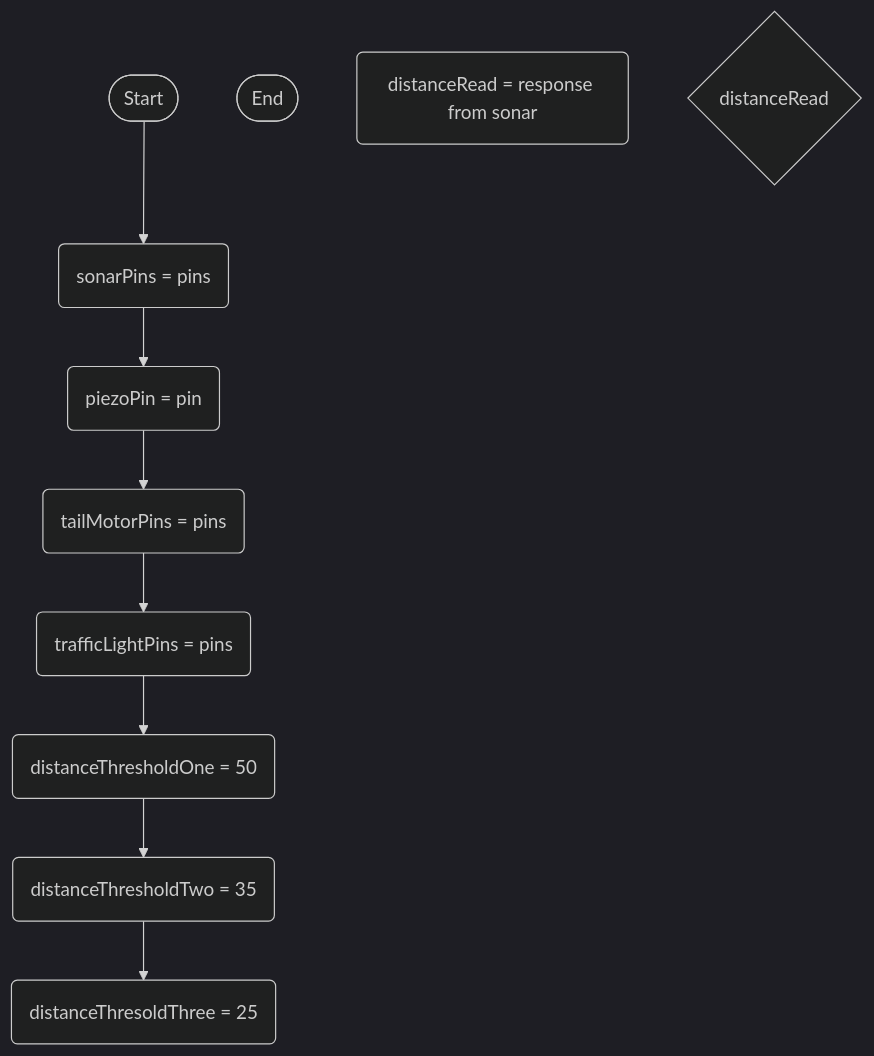
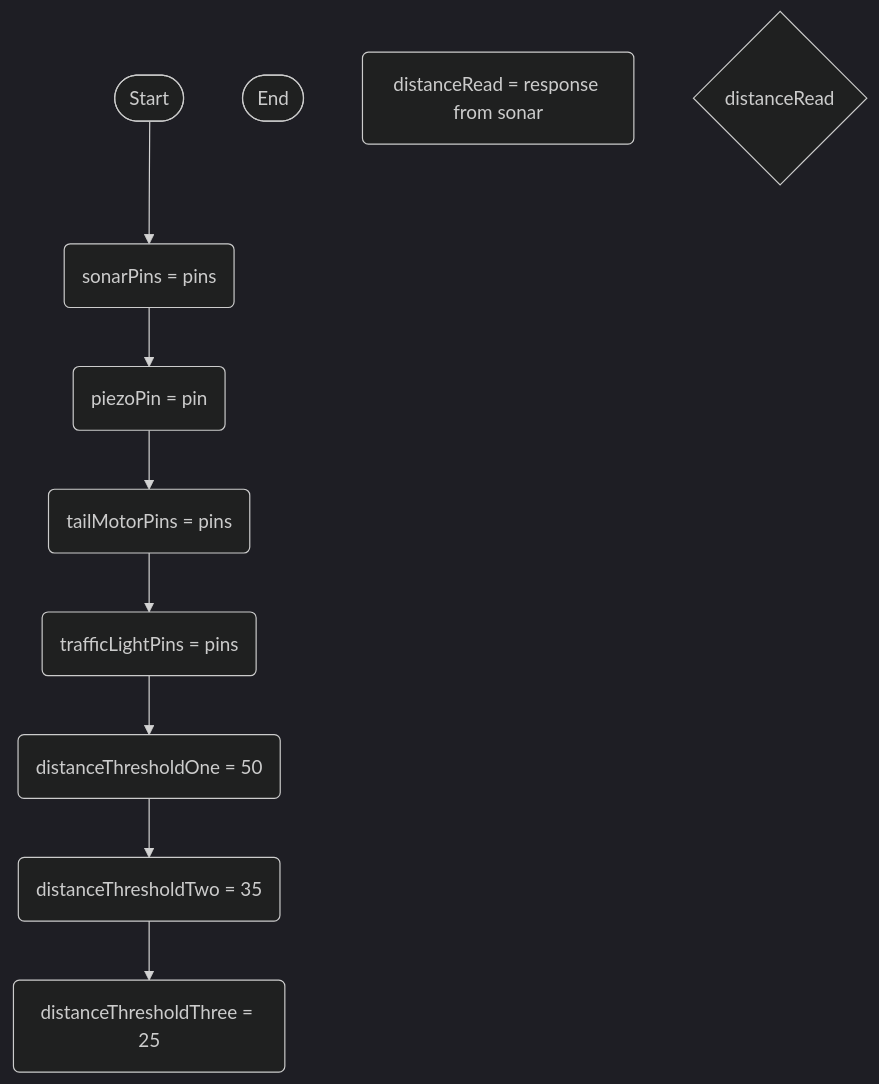
One commit to Deltace05/SmartDog changed the diagram in logic.md. Above: the diagram before and after it, drawn with Mermaid (dark theme).

````diff
--- a/logic.md
+++ b/logic.md
@@ -1,21 +1,21 @@
 ```mermaid
 flowchart TD
 terminalStart([Start])
 terminalEnd([End])
 setSonarRead(sonarPins = pins)
 setPiezoPin(piezoPin = pin)
 setTail(tailMotorPins = pins)
 setLight(trafficLightPins = pins)
 thresholdSetOne(distanceThresholdOne = 50)
 thresholdSetTwo(distanceThresholdTwo = 35)
-thresholdSetThree(distanceThresoldThree = 25)
+thresholdSetThree(distanceThresholdThree = 25)
 currentDistanceReading(distanceRead = response from sonar)
 ifDistanceLessThanThresholdOne{distanceRead <distanceThresholdOne>}
 terminalStart --> setSonarRead
 setSonarRead --> setPiezoPin
 setPiezoPin --> setTail
 setTail --> setLight
 setLight --> thresholdSetOne
 thresholdSetOne --> thresholdSetTwo
 thresholdSetTwo --> thresholdSetThree
 ```
````
